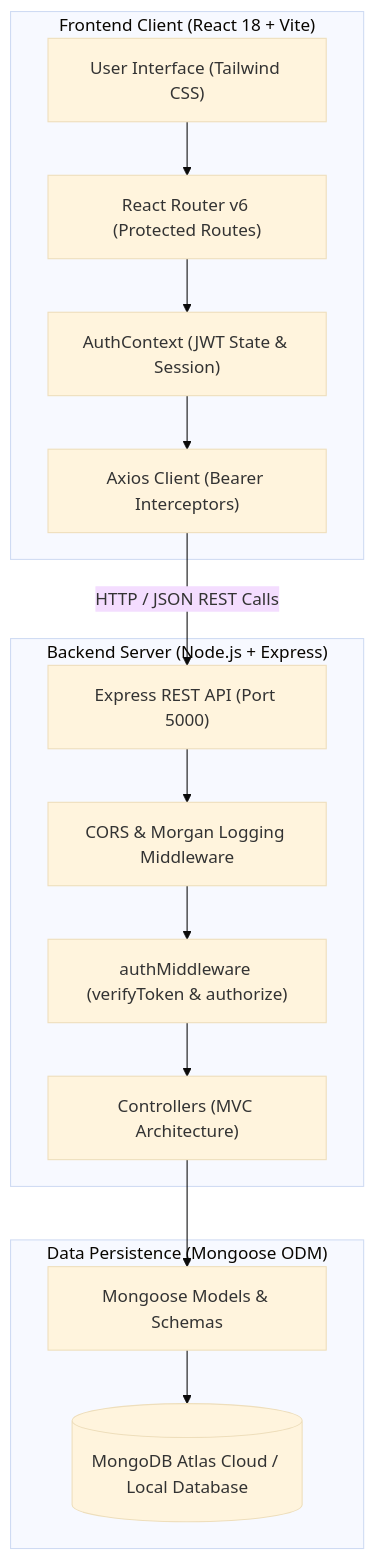
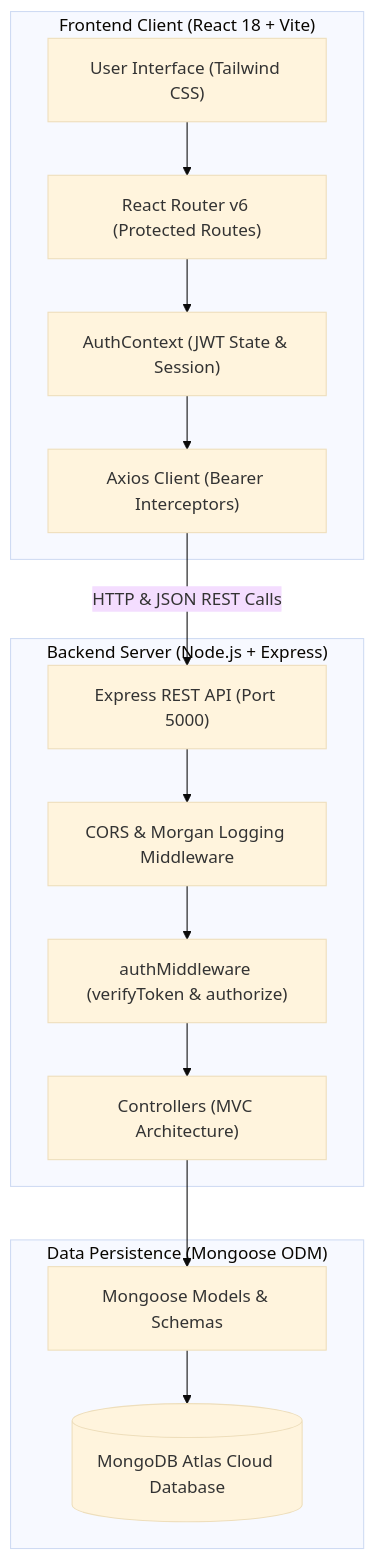
Before and after one commit to Priyanshu2647/student-management-system: the first of 4 diagrams in README.md, drawn with Mermaid (base theme). The commit also changed other lines of this file, not shown here.

Commit message:
fix: sanitize mermaid syntax for GitHub markdown rich display rendering

````diff
--- a/README.md
+++ b/README.md
@@ -53,33 +53,31 @@
 ```mermaid
 flowchart TD
-    subgraph ClientLayer ["Frontend Client (React 18 + Vite)"]
+    subgraph ClientLayer["Frontend Client (React 18 + Vite)"]
         UI["User Interface (Tailwind CSS)"]
         Router["React Router v6 (Protected Routes)"]
         AuthContext["AuthContext (JWT State & Session)"]
         Axios["Axios Client (Bearer Interceptors)"]
         UI --> Router
         Router --> AuthContext
         AuthContext --> Axios
     end
 
-    subgraph APILayer ["Backend Server (Node.js + Express)"]
+    subgraph APILayer["Backend Server (Node.js + Express)"]
         Server["Express REST API (Port 5000)"]
         CorsLogger["CORS & Morgan Logging Middleware"]
         AuthMiddleware["authMiddleware (verifyToken & authorize)"]
         Controllers["Controllers (MVC Architecture)"]
-        
         Server --> CorsLogger
         CorsLogger --> AuthMiddleware
         AuthMiddleware --> Controllers
     end
 
-    subgraph DataLayer ["Data Persistence (Mongoose ODM)"]
+    subgraph DataLayer["Data Persistence (Mongoose ODM)"]
         Mongoose["Mongoose Models & Schemas"]
-        MongoDB[("MongoDB Atlas Cloud / Local Database")]
-        
+        MongoDB[("MongoDB Atlas Cloud Database")]
         Controllers --> Mongoose
         Mongoose --> MongoDB
     end
 
-    Axios -- "HTTP / JSON REST Calls" --> Server
+    Axios -->|HTTP & JSON REST Calls| Server
 ```
````
